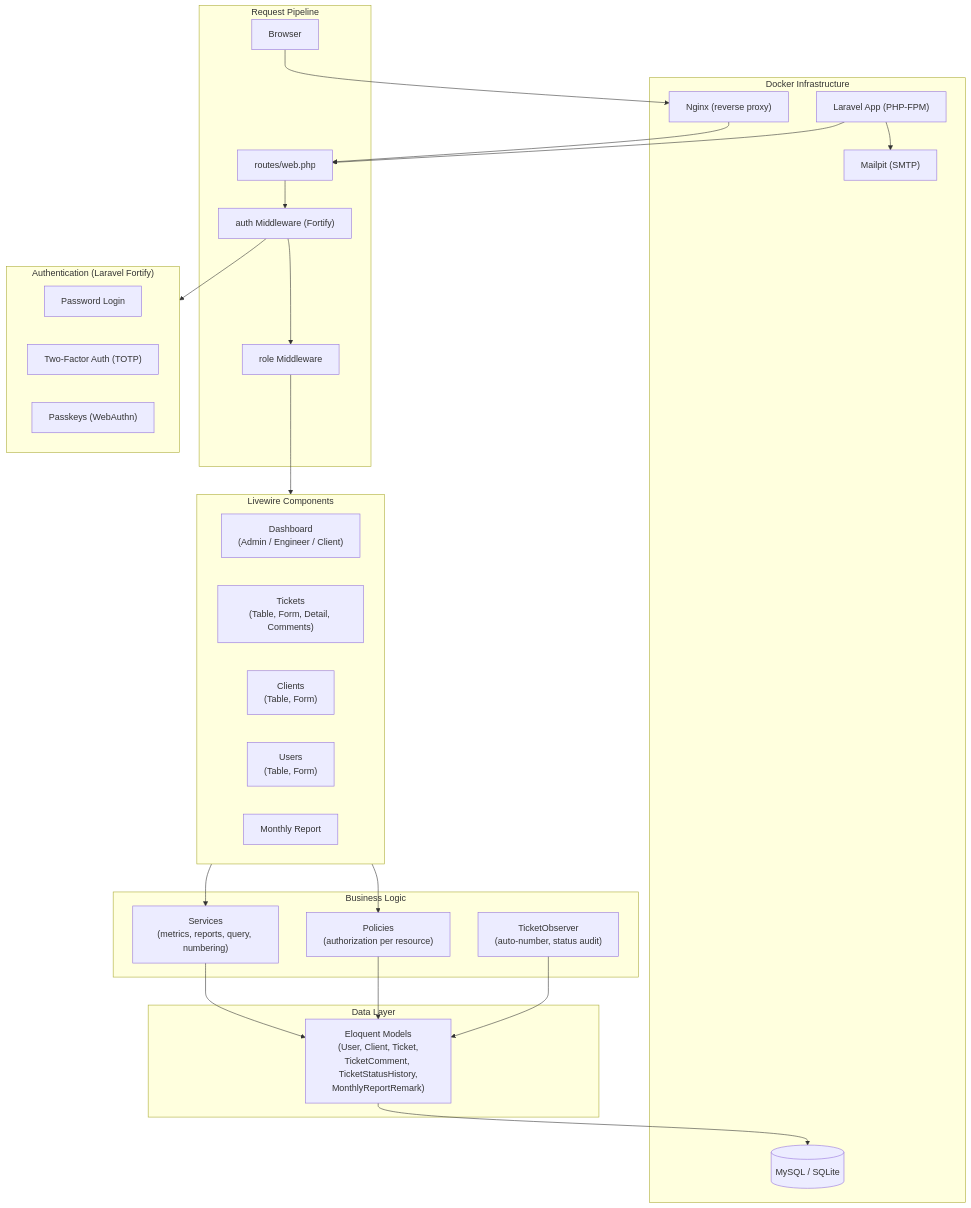
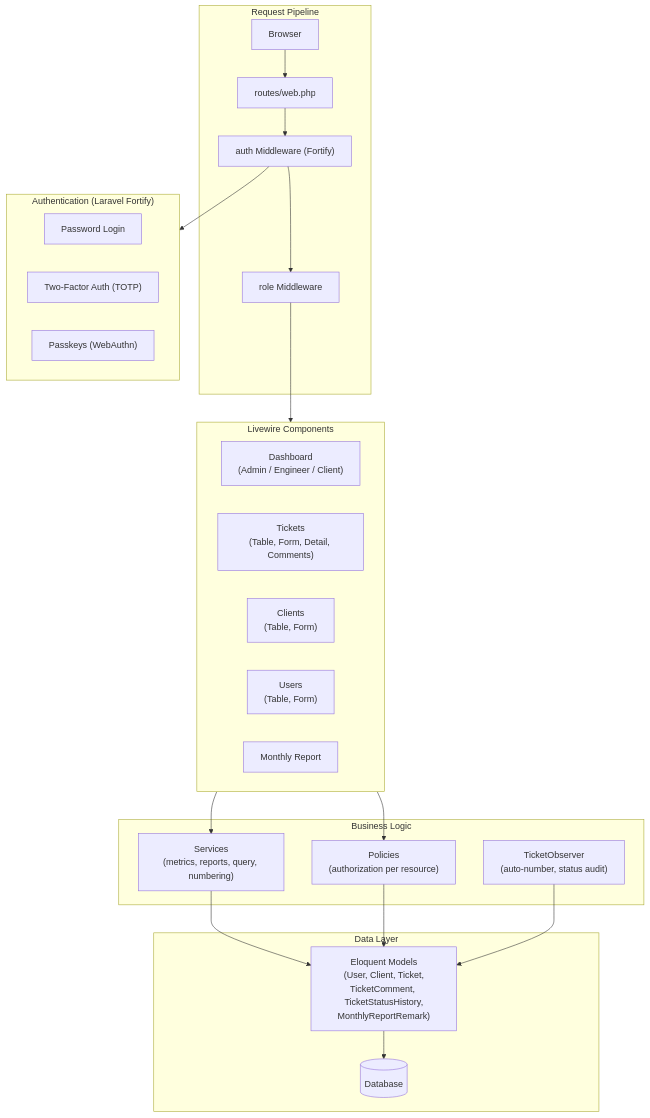
One commit to aqilamuzafa917/mini-helpdesk changed the first of 2 diagrams in README.md. Above: the diagram before and after it, drawn with Mermaid.

````diff
--- a/README.md
+++ b/README.md
@@ -196,52 +196,43 @@
 ```mermaid
 graph TD
-    subgraph Infrastructure["Docker Infrastructure"]
-        Nginx["Nginx (reverse proxy)"]
-        App["Laravel App (PHP-FPM)"]
-        DB[("MySQL / SQLite")]
-        Mail["Mailpit (SMTP)"]
-    end
-
     subgraph RequestPipeline["Request Pipeline"]
-        Browser["Browser"] --> Nginx
-        Nginx --> Router["routes/web.php"]
+        Browser["Browser"] --> Router["routes/web.php"]
         Router --> AuthMiddleware["auth Middleware (Fortify)"]
         AuthMiddleware --> RoleMiddleware["role Middleware"]
     end
 
     subgraph Auth["Authentication (Laravel Fortify)"]
         Password["Password Login"]
         TwoFactor["Two-Factor Auth (TOTP)"]
         Passkeys["Passkeys (WebAuthn)"]
     end
 
     subgraph LivewireLayer["Livewire Components"]
         Dashboard["Dashboard\n(Admin / Engineer / Client)"]
         Tickets["Tickets\n(Table, Form, Detail, Comments)"]
         Clients["Clients\n(Table, Form)"]
         Users["Users\n(Table, Form)"]
         Reports["Monthly Report"]
     end
 
     subgraph BusinessLogic["Business Logic"]
         Policies["Policies\n(authorization per resource)"]
         Services["Services\n(metrics, reports, query, numbering)"]
         Observer["TicketObserver\n(auto-number, status audit)"]
     end
 
     subgraph DataLayer["Data Layer"]
         Models["Eloquent Models\n(User, Client, Ticket,\nTicketComment, TicketStatusHistory,\nMonthlyReportRemark)"]
+        DB[("Database")]
     end
 
     AuthMiddleware --> Auth
     RoleMiddleware --> LivewireLayer
-    App --> Router
 
     LivewireLayer --> Policies
     LivewireLayer --> Services
     Services --> Models
     Policies --> Models
     Observer --> Models
     Models --> DB
-    App --> Mail
 ```
````
